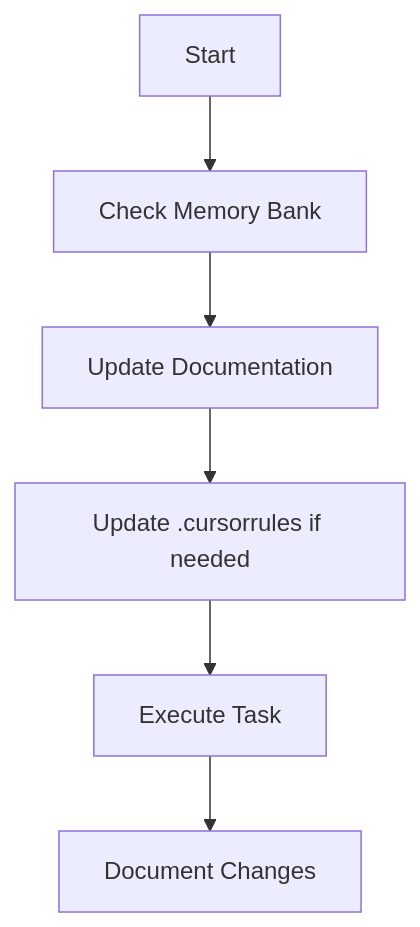
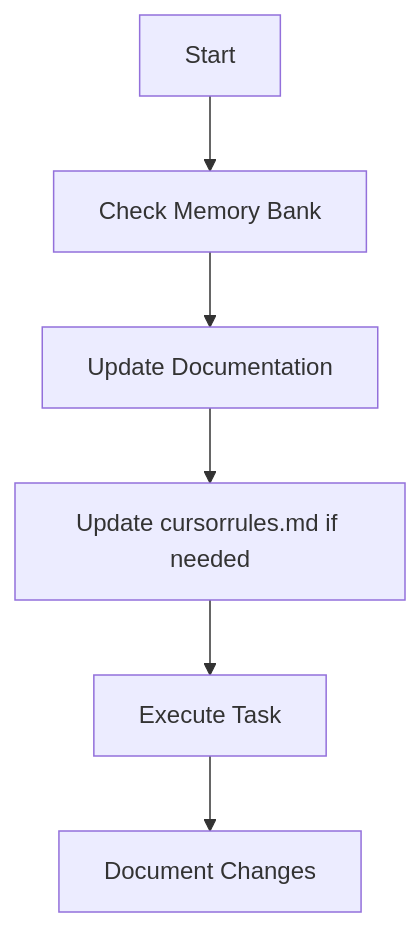
The third of 5 diagrams in .cursor/rules/cursorrules.mdc (TheCrypDough/DreamerAi), drawn with Mermaid before and after one commit. The commit also changed other lines of this file and 22 other files, not shown here.

````diff
--- a/.cursor/rules/cursorrules.mdc
+++ b/.cursor/rules/cursorrules.mdc
@@ -302,8 +303,8 @@
 ```mermaid
 flowchart TD
     Start[Start] --> Context[Check Memory Bank]
     Context --> Update[Update Documentation]
-    Update --> Rules[Update .cursorrules if needed]
+    Update --> Rules[Update cursorrules.md if needed]
     Rules --> Execute[Execute Task]
     Execute --> Document[Document Changes]
 ```
````
